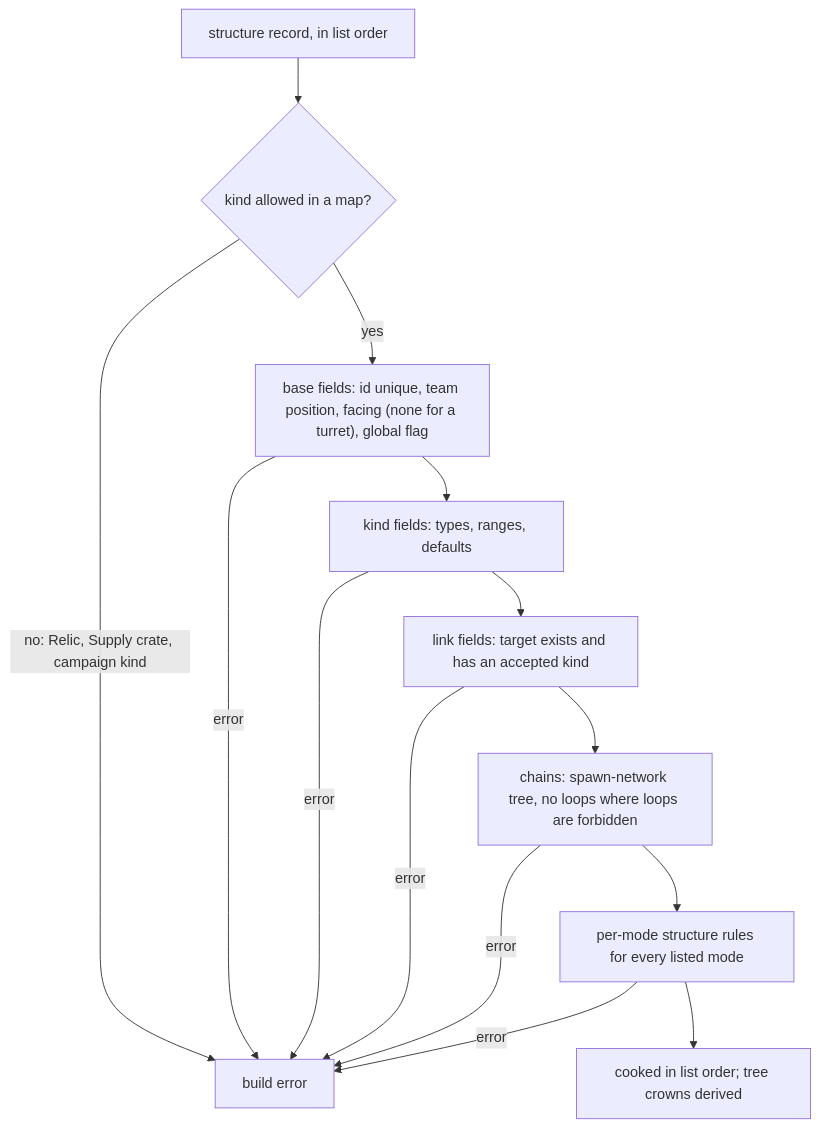
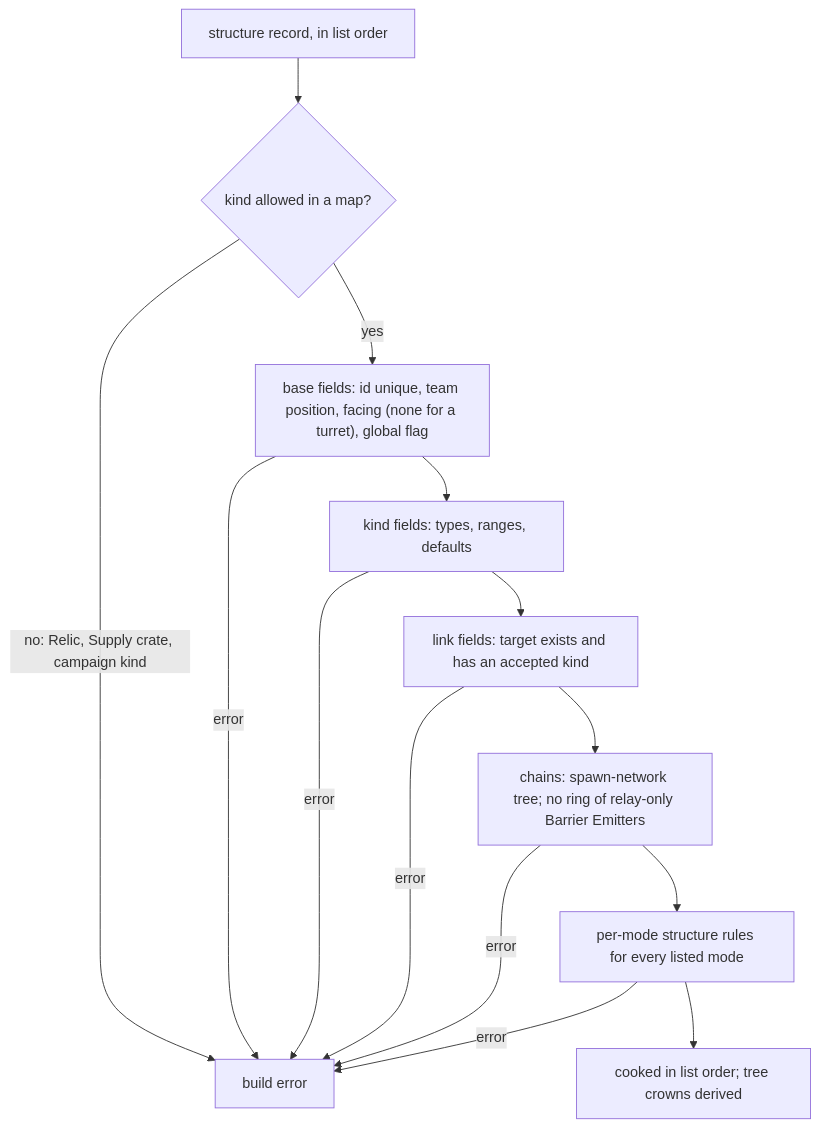
Before and after one commit to Zwaliebaba/Species.AI: the diagram in design_next/architecture/components/data_schemas/map_structure_records.md, drawn with Mermaid. The commit also changed other lines of this file and 21 other files, not shown here.

````diff
--- a/design_next/architecture/components/data_schemas/map_structure_records.md
+++ b/design_next/architecture/components/data_schemas/map_structure_records.md
@@ -176,16 +176,16 @@
 ```mermaid
 flowchart TD
   R["structure record, in list order"] --> K{"kind allowed in a map?"}
   K -- "no: Relic, Supply crate, campaign kind" --> E["build error"]
   K -- yes --> F["base fields: id unique, team position, facing (none for a turret), global flag"]
   F --> G["kind fields: types, ranges, defaults"]
   G --> L["link fields: target exists and has an accepted kind"]
-  L --> T["chains: spawn-network tree, no loops where loops are forbidden"]
+  L --> T["chains: spawn-network tree; no ring of relay-only Barrier Emitters"]
   T --> M["per-mode structure rules for every listed mode"]
   M --> C["cooked in list order; tree crowns derived"]
   F -- error --> E
   G -- error --> E
   L -- error --> E
   T -- error --> E
   M -- error --> E
 ```
````
